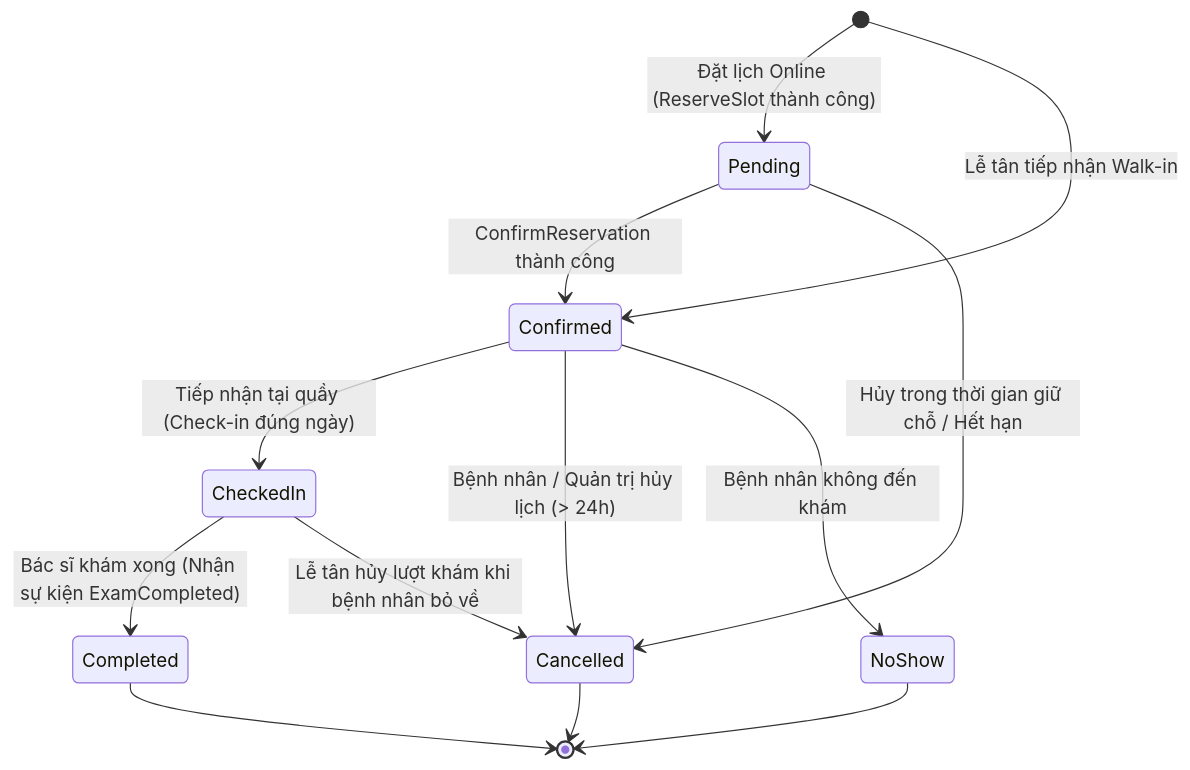
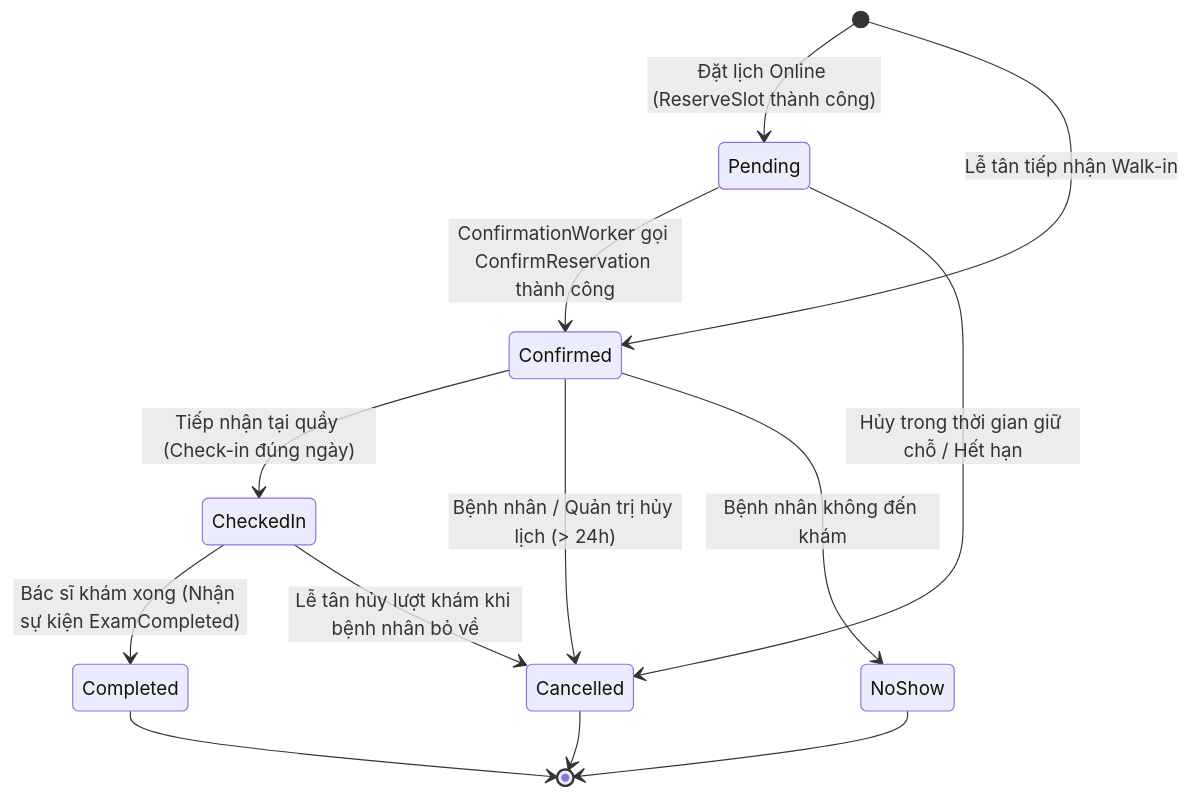
Before and after one commit to Cuong190105/Clinic_Appointment_Booking_Queue_Management_System: the third of 6 diagrams in tasks/PHASE_3_APPOINTMENT_SERVICE_EXECUTION_PLAN_MEMBER_A.md, drawn with Mermaid. The commit also changed other lines of this file and 59 other files, not shown here.

````diff
--- a/tasks/PHASE_3_APPOINTMENT_SERVICE_EXECUTION_PLAN_MEMBER_A.md
+++ b/tasks/PHASE_3_APPOINTMENT_SERVICE_EXECUTION_PLAN_MEMBER_A.md
@@ -186,15 +186,15 @@
 ```mermaid
 stateDiagram-v2
     [*] --> Pending : Đặt lịch Online (ReserveSlot thành công)
     [*] --> Confirmed : Lễ tân tiếp nhận Walk-in
-    Pending --> Confirmed : ConfirmReservation thành công
+    Pending --> Confirmed : ConfirmationWorker gọi ConfirmReservation thành công
     Pending --> Cancelled : Hủy trong thời gian giữ chỗ / Hết hạn
     Confirmed --> CheckedIn : Tiếp nhận tại quầy (Check-in đúng ngày)
     Confirmed --> Cancelled : Bệnh nhân / Quản trị hủy lịch (> 24h)
     Confirmed --> NoShow : Bệnh nhân không đến khám
     CheckedIn --> Completed : Bác sĩ khám xong (Nhận sự kiện ExamCompleted)
     CheckedIn --> Cancelled : Lễ tân hủy lượt khám khi bệnh nhân bỏ về
     Completed --> [*]
     Cancelled --> [*]
     NoShow --> [*]
 ```
````
